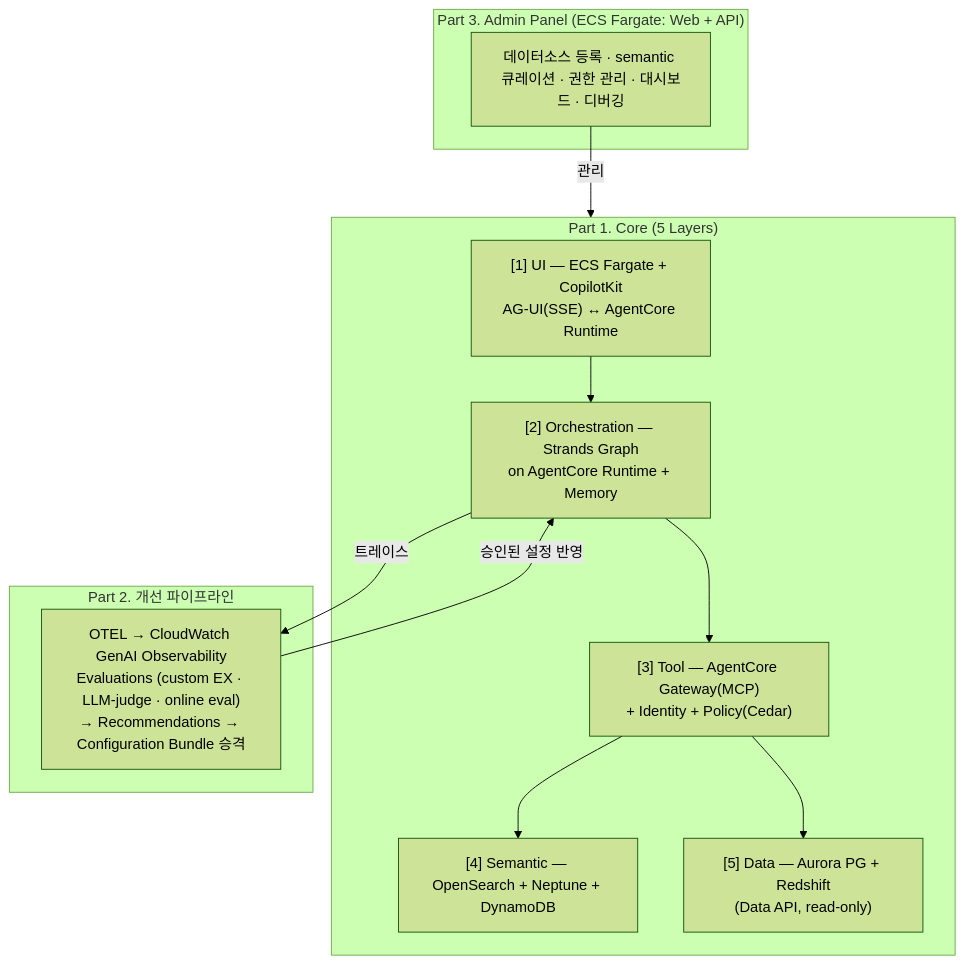
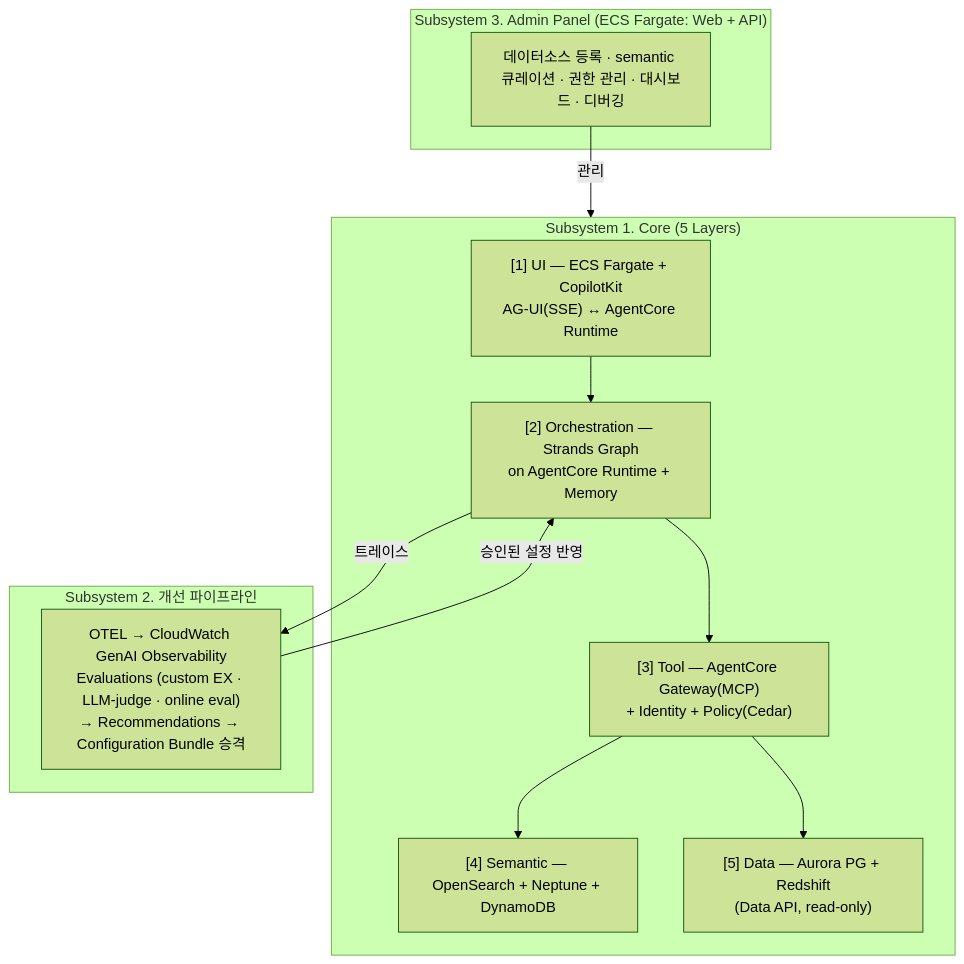
The first of 4 diagrams in projects/agentic-text-to-sql-on-aws/docs/architecture.md (aws-samples/sample-agentic-ai-acceleration-kr), drawn with Mermaid (forest theme) before and after one commit. The commit also changed other lines of this file and 4 other files, not shown here.

````diff
--- a/projects/agentic-text-to-sql-on-aws/docs/architecture.md
+++ b/projects/agentic-text-to-sql-on-aws/docs/architecture.md
@@ -41,24 +41,24 @@
 ```mermaid
 flowchart TB
-    subgraph part3["Part 3. Admin Panel (ECS Fargate: Web + API)"]
+    subgraph subsystem3["Subsystem 3. Admin Panel (ECS Fargate: Web + API)"]
         admin["데이터소스 등록 · semantic 큐레이션 · 권한 관리 · 대시보드 · 디버깅"]
     end
 
-    subgraph part1["Part 1. Core (5 Layers)"]
+    subgraph subsystem1["Subsystem 1. Core (5 Layers)"]
         ui["[1] UI — ECS Fargate + CopilotKit<br/>AG-UI(SSE) ↔ AgentCore Runtime"]
         orch["[2] Orchestration — Strands Graph<br/>on AgentCore Runtime + Memory"]
         tool["[3] Tool — AgentCore Gateway(MCP)<br/>+ Identity + Policy(Cedar)"]
         semantic["[4] Semantic — OpenSearch + Neptune + DynamoDB"]
         data["[5] Data — Aurora PG + Redshift<br/>(Data API, read-only)"]
         ui --> orch --> tool --> semantic
         tool --> data
     end
 
-    subgraph part2["Part 2. 개선 파이프라인"]
+    subgraph subsystem2["Subsystem 2. 개선 파이프라인"]
         eval["OTEL → CloudWatch GenAI Observability<br/>Evaluations (custom EX · LLM-judge · online eval)<br/>→ Recommendations → Configuration Bundle 승격"]
     end
 
-    admin -- 관리 --> part1
+    admin -- 관리 --> subsystem1
     orch -- 트레이스 --> eval
     eval -- 승인된 설정 반영 --> orch
 ```
````
